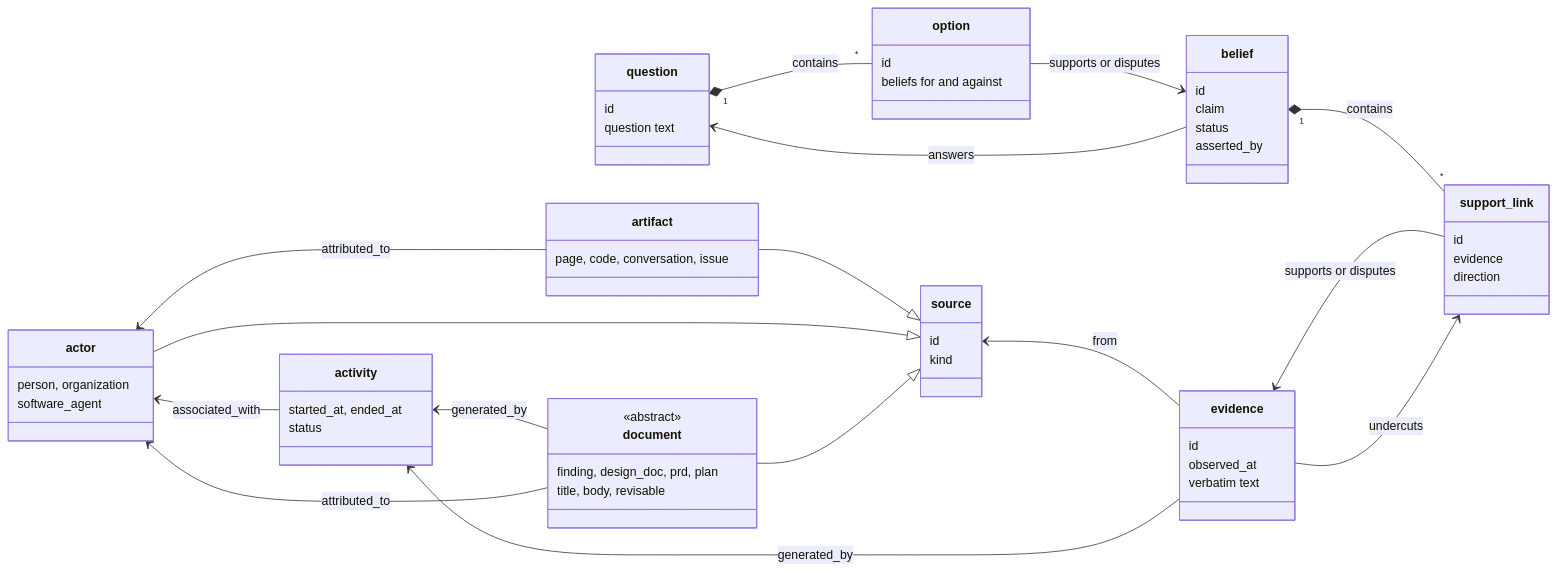
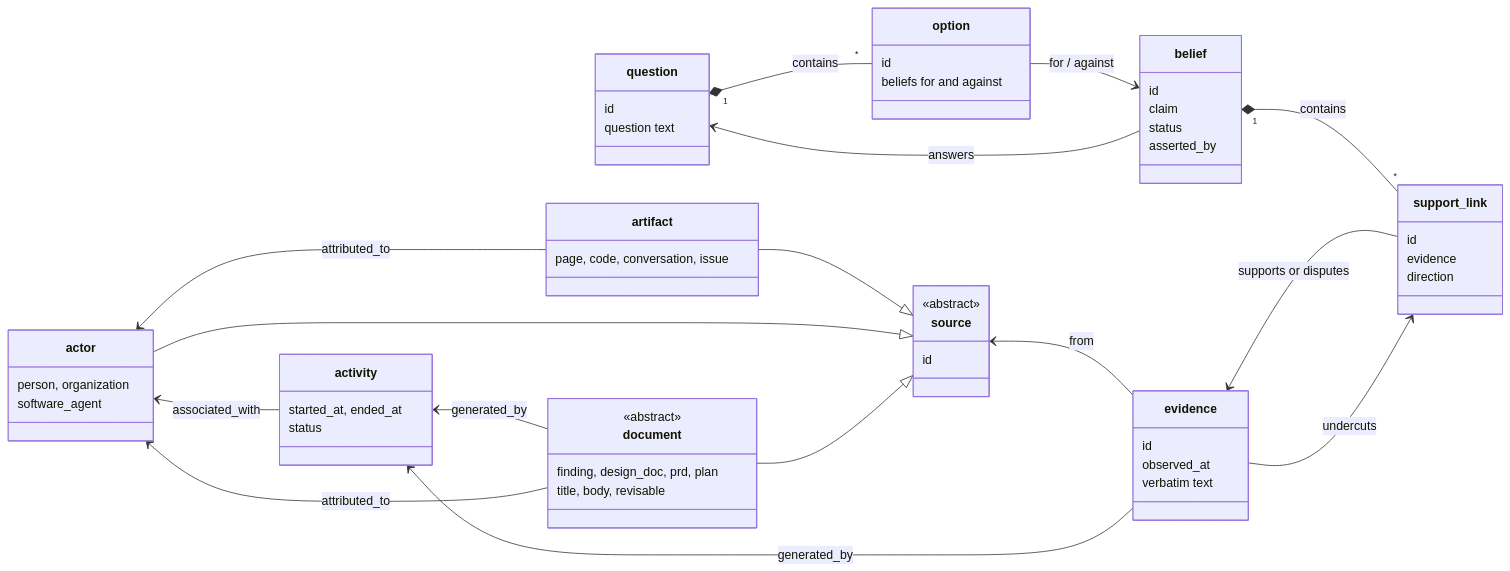
The second of 5 diagrams in docs/context-graph/01-model.md (andycondon/loremason), drawn with Mermaid before and after one commit. The commit also changed other lines of this file and 2 other files, not shown here.

````diff
--- a/docs/context-graph/01-model.md
+++ b/docs/context-graph/01-model.md
@@ -66,63 +66,63 @@
 ```mermaid
 classDiagram
   direction LR
   class question {
     id
     question text
   }
   class option {
     id
     beliefs for and against
   }
   class belief {
     id
     claim
     status
     asserted_by
   }
   class support_link {
     id
     evidence
     direction
   }
   class evidence {
     id
     observed_at
     verbatim text
   }
   class source {
+    <<abstract>>
     id
-    kind
   }
   class actor {
     person, organization
     software_agent
   }
   class activity {
     started_at, ended_at
     status
   }
   class artifact {
     page, code, conversation, issue
   }
   class document {
     <<abstract>>
     finding, design_doc, prd, plan
     title, body, revisable
   }
   question "1" *-- "*" option : contains
-  option --> belief : supports or disputes
+  option --> belief : for / against
   belief --> question : answers
   belief "1" *-- "*" support_link : contains
   evidence <-- support_link : supports or disputes
   evidence --> support_link : undercuts
   source <-- evidence : from
   artifact --|> source
   actor --|> source
   document --|> source
   actor <-- artifact : attributed_to
   activity <-- evidence : generated_by
   activity <-- document : generated_by
   actor <-- document : attributed_to
   actor <-- activity : associated_with
 ```
````
